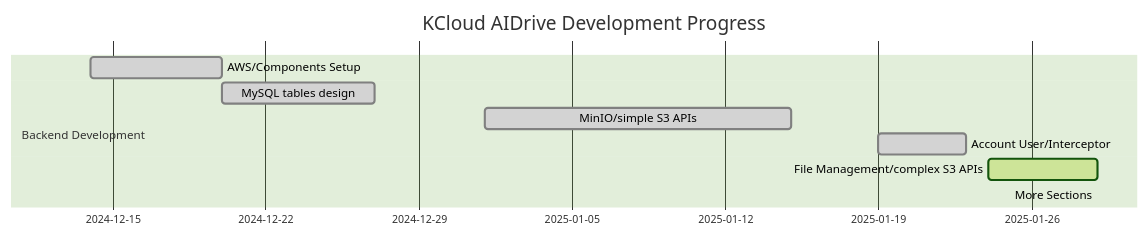
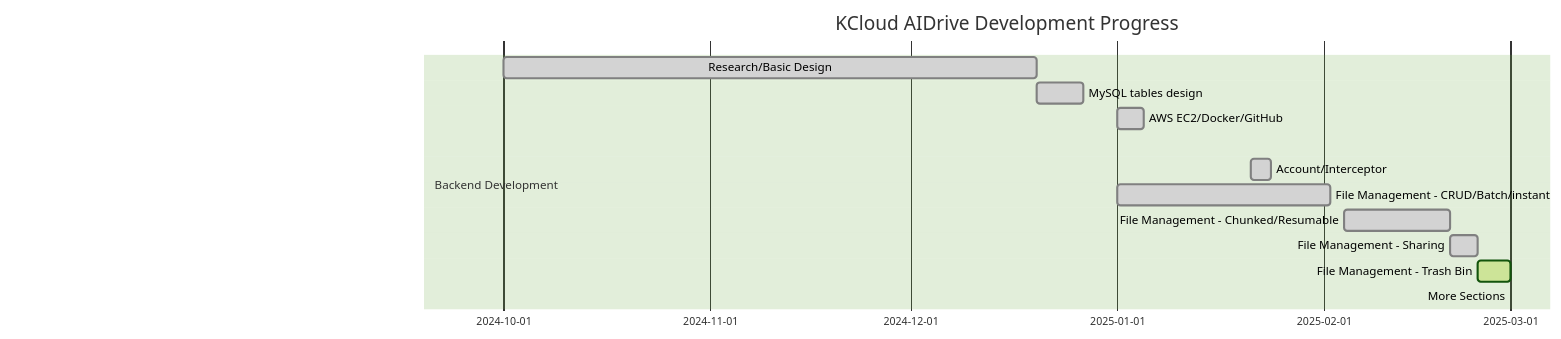
One commit to kaikang-sde/kcloud_aidrive changed the first of 2 diagrams in README.md. Above: the diagram before and after it, drawn with Mermaid (forest theme). The commit also changed 33 other files, not shown here.

````diff
--- a/README.md
+++ b/README.md
@@ -27,17 +27,21 @@
 ```mermaid
 gantt
     title KCloud AIDrive Development Progress
     dateFormat  YYYY-MM-DD
     section Backend Development
-      AWS/Components Setup                :done, setup, 2024-12-14, 2024-12-20
-      MySQL tables design                 :done, db, 2024-12-20, 2024-12-27
-      MinIO/simple S3 APIs                       :done, s3, 2025-01-01, 2025-01-15
-      Account User/Interceptor            :done, users, 2025-01-19, 2025-01-23
-      File Management/complex S3 APIs     :active, files, 2025-01-24, 5d
-      More Sections                       :after files
+      Research/Basic Design                 :done, design, 2024-10-01, 2024-12-20
+      MySQL tables design                   :done, db, 2024-12-20, 2024-12-27
+      AWS EC2/Docker/GitHub                 :done, setup, 2025-01-01, 2025-01-05
+      Common Utils/Swagger/MinIO/S3         :done, utils, 2025-01-12, 2024-01-20
+      Account/Interceptor                   :done, account, 2025-01-21, 2025-01-24
+      File Management - CRUD/Batch/instant  :done, basic, 2025-01-01, 2025-02-02
+      File Management - Chunked/Resumable   :done, chunked, 2025-02-04, 2025-02-20
+      File Management - Sharing             :done, sharing, 2025-02-20, 2025-02-24
+      File Management - Trash Bin           :active, trash, 2025-02-24, 5d
+      More Sections                         :after trash
     section Frontend Development
         
     section AI Model Development
 
     section Deployment & Optimization
 ```
````
